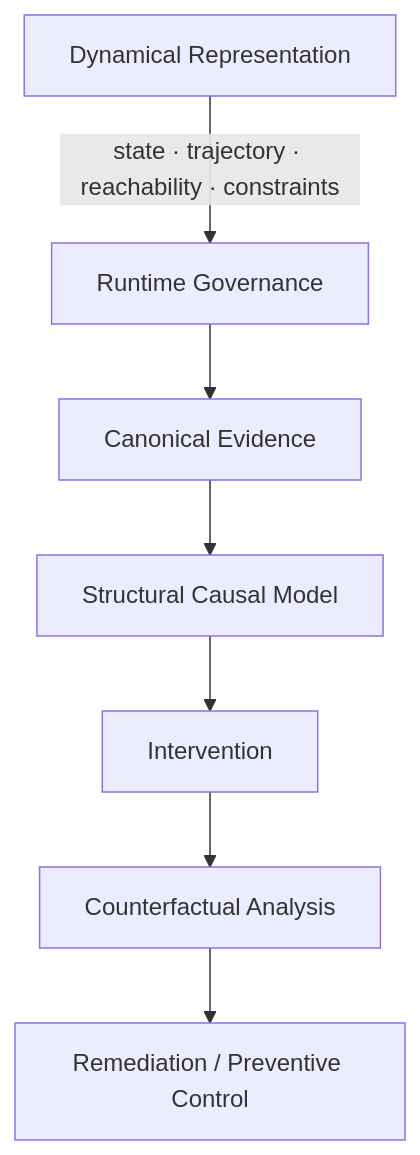
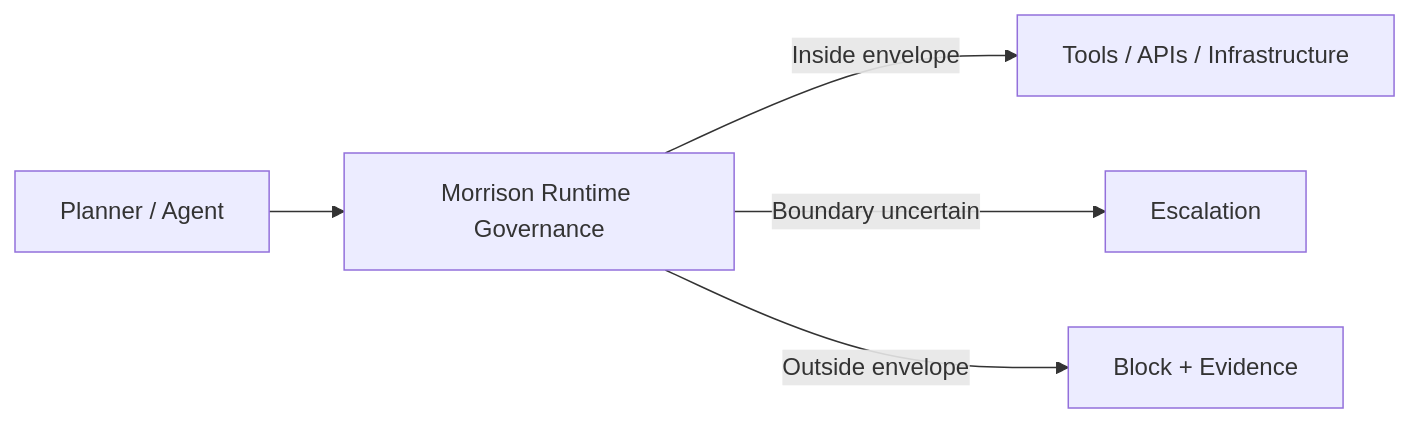
One commit to davarntrades/davarntrades changed the third of 3 diagrams in README.md. Above: the diagram before and after it, drawn with Mermaid. The commit also changed other lines of this file, not shown here.

````diff
--- a/README.md
+++ b/README.md
@@ -169,9 +212,7 @@
 ```mermaid
-flowchart TB
-    DYN[Dynamical Representation] -->|state · trajectory · reachability · constraints| GOV[Runtime Governance]
-    GOV --> EVID[Canonical Evidence]
-    EVID --> SCM[Structural Causal Model]
-    SCM --> INT[Intervention]
-    INT --> CF[Counterfactual Analysis]
-    CF --> REM[Remediation / Preventive Control]
+flowchart LR
+    P[Planner / Agent] --> G[Morrison Runtime Governance]
+    G -->|Inside envelope| T[Tools / APIs / Infrastructure]
+    G -->|Boundary uncertain| H[Escalation]
+    G -->|Outside envelope| B[Block + Evidence]
 ```
````
